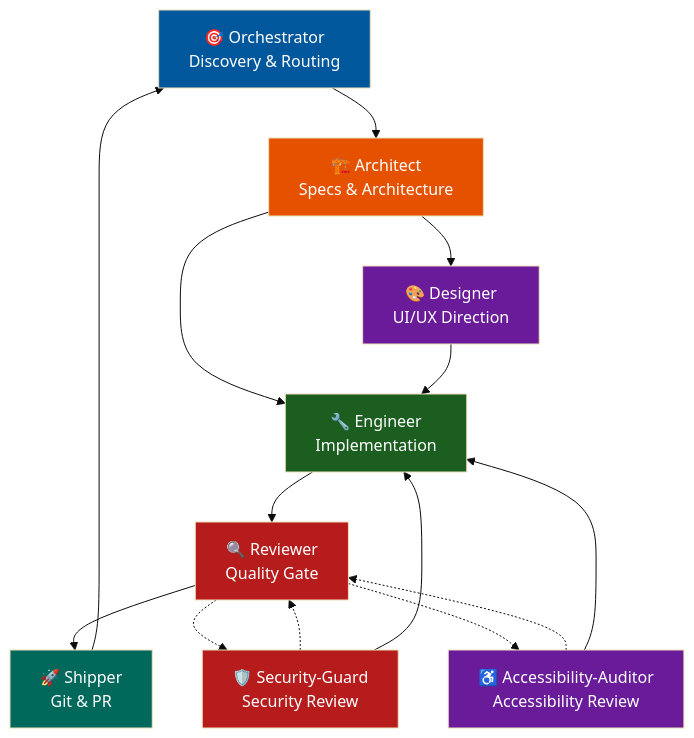
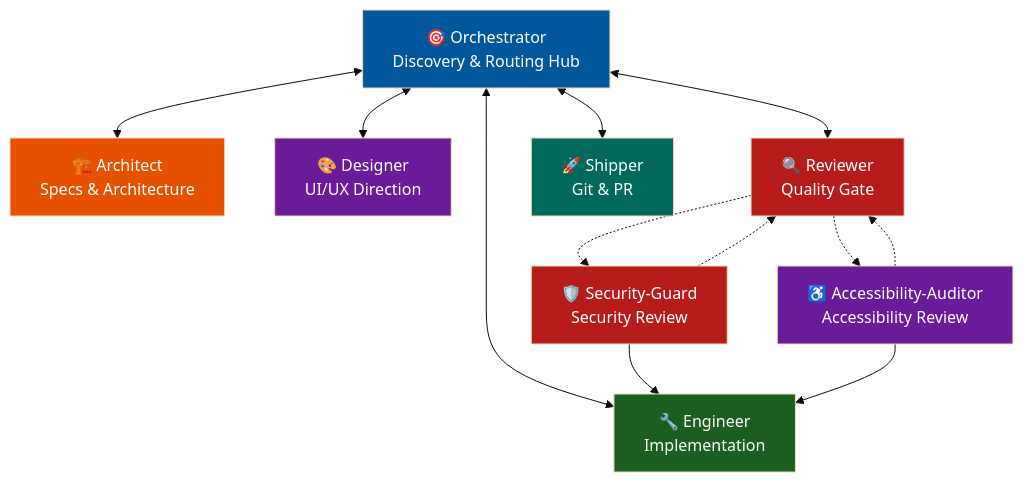
Before and after one commit to leorsousa05/CrewLoop: the diagram in references/workflow.md, drawn with Mermaid (base theme). The commit also changed other lines of this file and 40 other files, not shown here.

````diff
--- a/references/workflow.md
+++ b/references/workflow.md
@@ -24,26 +26,24 @@
 ```mermaid
 flowchart TD
-    O["🎯 Orchestrator<br>Discovery & Routing"] --> A["🏗️ Architect<br>Specs & Architecture"]
-    A --> D["🎨 Designer<br>UI/UX Direction"]
-    A --> E["🔧 Engineer<br>Implementation"]
-    D --> E
-    E --> R["🔍 Reviewer<br>Quality Gate"]
-    R --> S["🚀 Shipper<br>Git & PR"]
-    S --> O
+    O["🎯 Orchestrator<br>Discovery & Routing Hub"] <--> A["🏗️ Architect<br>Specs & Architecture"]
+    O <--> D["🎨 Designer<br>UI/UX Direction"]
+    O <--> E["🔧 Engineer<br>Implementation"]
+    O <--> R["🔍 Reviewer<br>Quality Gate"]
+    O <--> S["🚀 Shipper<br>Git & PR"]
 
     SG["🛡️ Security-Guard<br>Security Review"] -.-> R
     AA["♿ Accessibility-Auditor<br>Accessibility Review"] -.-> R
     R -.-> SG
     R -.-> AA
     SG --> E
     AA --> E
 
     style O fill:#01579b,color:#fff
     style A fill:#e65100,color:#fff
     style D fill:#6a1b9a,color:#fff
     style E fill:#1b5e20,color:#fff
     style R fill:#b71c1c,color:#fff
     style S fill:#00695c,color:#fff
     style SG fill:#b71c1c,color:#fff
     style AA fill:#6a1b9a,color:#fff
 ```
````
